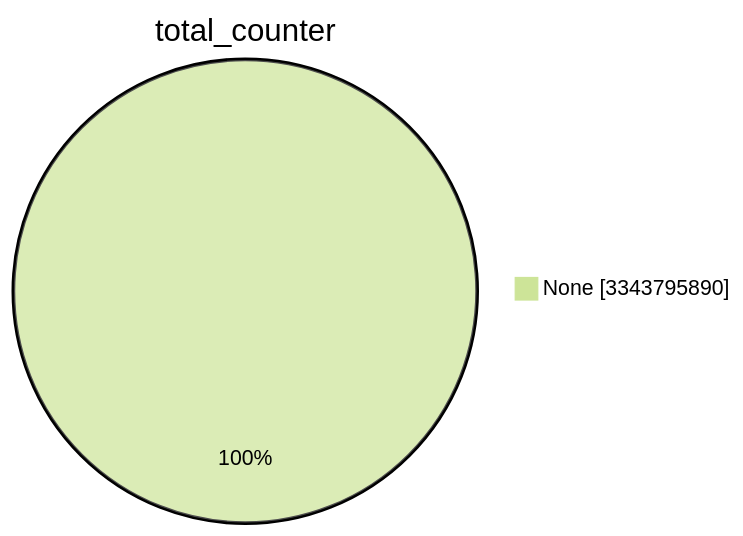
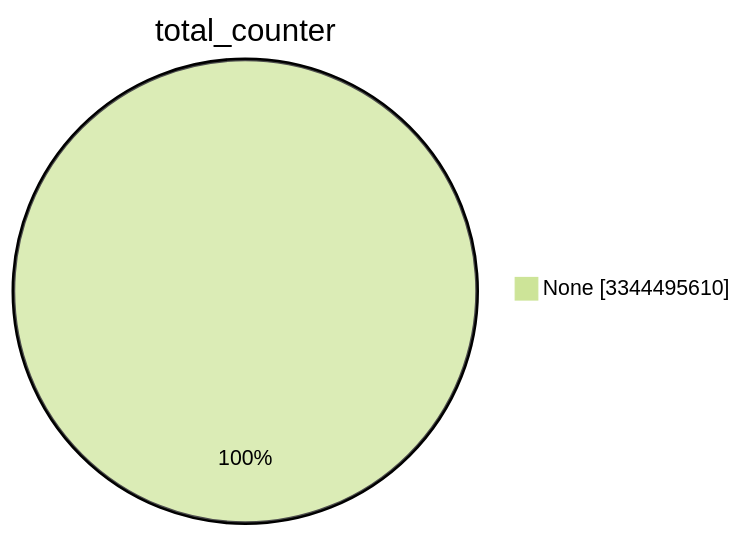
Before and after one commit to christiankrug/ctmonitor_visualization: the first of 15 diagrams in TOTAL/README.md, drawn with Mermaid (forest theme). The commit also changed other lines of this file, not shown here.

````diff
--- a/TOTAL/README.md
+++ b/TOTAL/README.md
@@ -1,5 +1,5 @@
 ```mermaid
 pie showData
 title total_counter
-"None" :3343795890
+"None" :3344495610
 ```
````
